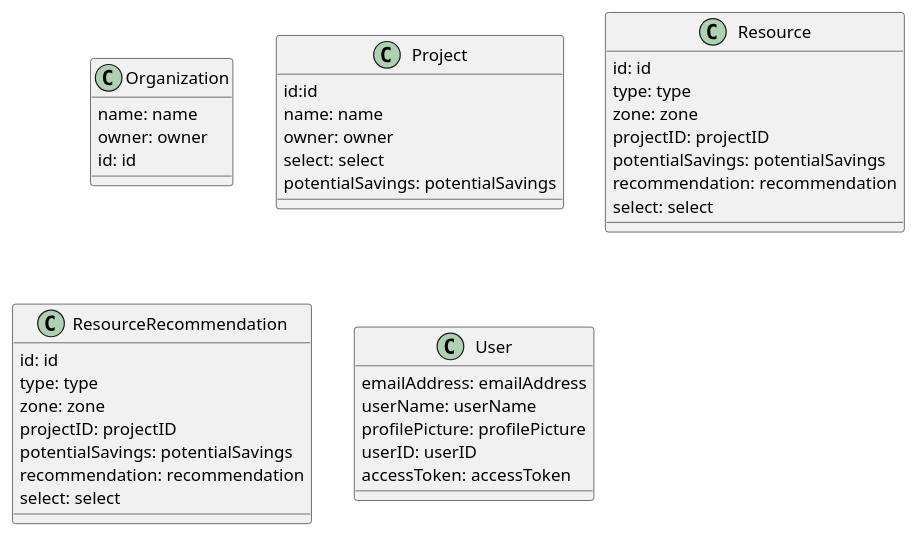
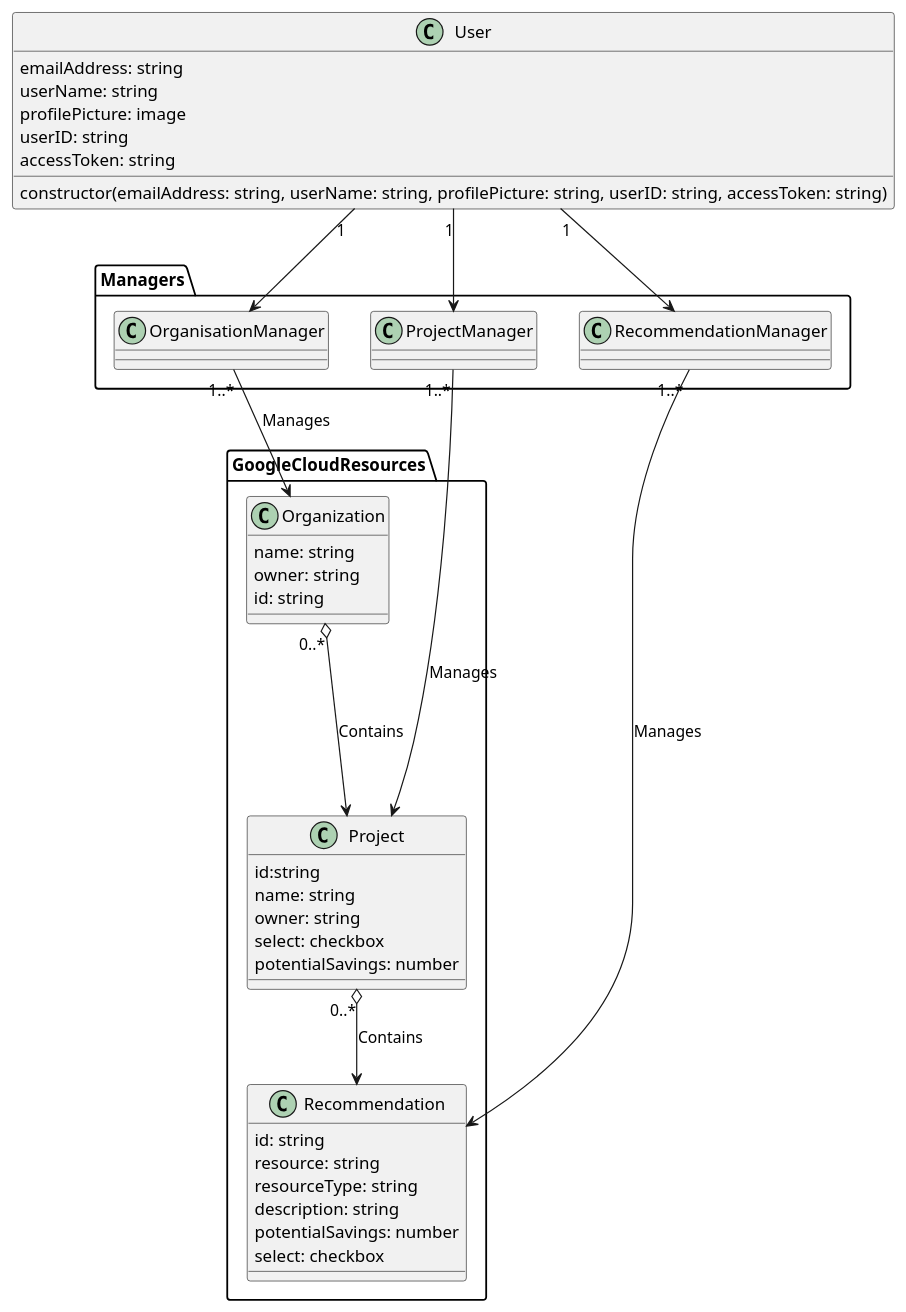
One commit to coyotiv-sose/graduation-project-tomnotthomas-1 changed the diagram in architecture/class.puml. Above: the diagram before and after it, drawn with PlantUML. The commit also changed 2 other files, not shown here.

Commit message:
added usecase and objects in plantUML

```diff
--- a/architecture/class.puml
+++ b/architecture/class.puml
@@ -1,48 +1,57 @@
-@startuml Person
+@startuml BusinessLogic
 
+package GoogleCloudResources {
 class Organization  {
-  name: name
-  owner: owner
-  id: id
-}
+  name: string
+  owner: string
+  id: string
+  }
 
 class Project {
-  id:id
-  name: name
-  owner: owner
-  select: select
-  potentialSavings: potentialSavings
-}
+  id:string
+  name: string
+  owner: string
+  select: checkbox
+  potentialSavings: number
+  }
 
-class Resource {
-  id: id
-  type: type
-  zone: zone
-  projectID: projectID
-  potentialSavings: potentialSavings
-  recommendation: recommendation
-  select: select
-}
-
-class ResourceRecommendation {
-  id: id
-  type: type
-  zone: zone
-  projectID: projectID
-  potentialSavings: potentialSavings
-  recommendation: recommendation
-  select: select
+class Recommendation {
+     id: string
+      resource: string
+      resourceType: string
+      description: string
+      potentialSavings: number
+      select: checkbox
+  }
 }
 
 class User {
-  emailAddress: emailAddress
-      userName: userName
-      profilePicture: profilePicture
-      userID: userID
-      accessToken: accessToken
+  constructor(emailAddress: string, userName: string, profilePicture: string, userID: string, accessToken: string)
+  emailAddress: string
+      userName: string
+      profilePicture: image
+      userID: string
+      accessToken: string
+
     }
 
+package Managers {
+class ProjectManager
 
+class OrganisationManager
 
+class RecommendationManager
+}
+
+User "1"--> OrganisationManager
+User "1"--> ProjectManager
+User "1"--> RecommendationManager
+
+OrganisationManager "1..*"--> Organization: Manages
+ProjectManager "1..*"--> Project: Manages
+RecommendationManager "1..*"--> Recommendation: Manages
+
+Organization "0..*" o---> Project: Contains
+Project "0..*" o--> Recommendation: Contains
 
 @enduml
```
